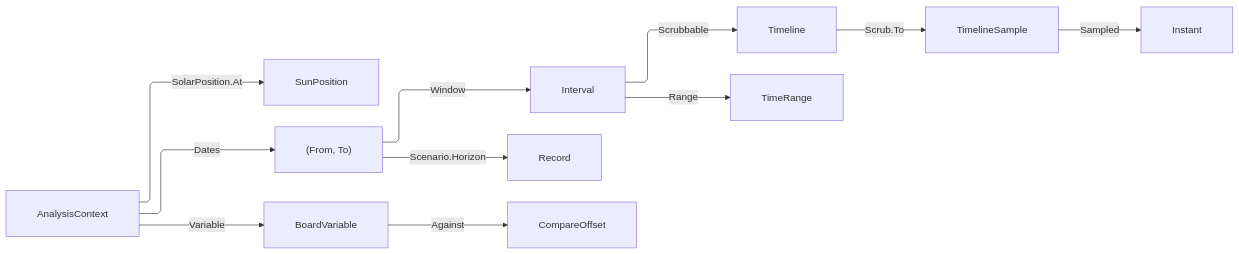
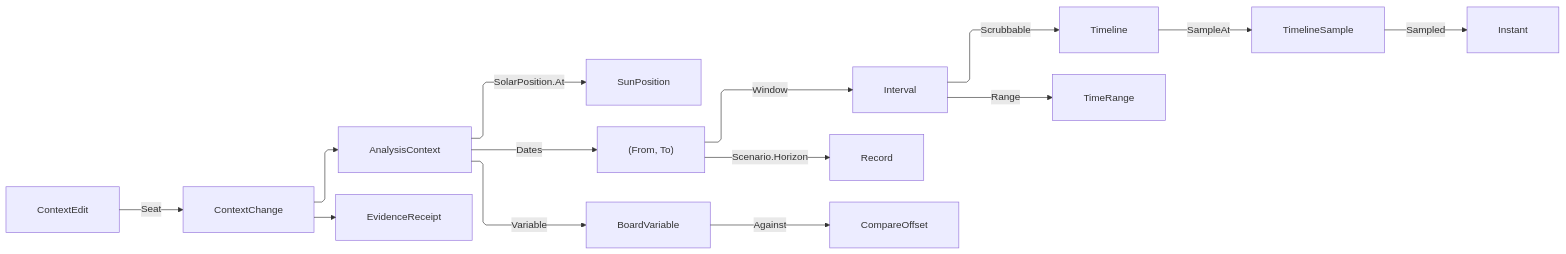
Before and after one commit to bsamiee/Rasm: the diagram in libs/csharp/Rasm.AppUi/.planning/Analysis/context.md, drawn with Mermaid. The commit also changed other lines of this file and 818 other files, not shown here.

````diff
--- a/libs/csharp/Rasm.AppUi/.planning/Analysis/context.md
+++ b/libs/csharp/Rasm.AppUi/.planning/Analysis/context.md
@@ -305,22 +377,25 @@
 ```mermaid
 ---
 config:
   layout: elk
   flowchart:
     curve: linear
     padding: 25
 ---
 flowchart LR
-    accTitle: One analysis context and its three projections
-    accDescr: A site, a civil moment, a grain, and a scenario forming one context whose single civil date pair resolves into a solar window and a horizon-shifted record window, composing the kernel solar almanac and publishing a linear scrub track for the animation playhead, an absolute board range for chart binding, and a bounded scenario variable that feeds the settled comparison ghost.
+    accTitle: One analysis context, its one seat, and its three projections
+    accDescr: Three context verbs arriving as one closed edit family through a single seat that re-admits the coordinate and mints its evidence receipt, whose single civil date pair resolves into a solar window and a horizon-shifted record window, composing the kernel solar almanac and publishing a linear scrub track for the animation playhead, an absolute board range for chart binding, and an admitted scenario variable that feeds the settled comparison ghost.
+    ContextEdit -->|Seat| ContextChange
+    ContextChange --> AnalysisContext
+    ContextChange --> EvidenceReceipt
     AnalysisContext -->|SolarPosition.At| SunPosition
     AnalysisContext -->|Dates| CivilSpan["(From, To)"]
     CivilSpan -->|Window| Interval
     CivilSpan -->|Scenario.Horizon| RecordWindow["Record"]
     Interval -->|Scrubbable| Timeline
-    Timeline -->|Scrub.To| TimelineSample
+    Timeline -->|SampleAt| TimelineSample
     TimelineSample -->|Sampled| Instant
     Interval -->|Range| TimeRange
     AnalysisContext -->|Variable| BoardVariable
     BoardVariable -->|Against| CompareOffset
 ```
````
